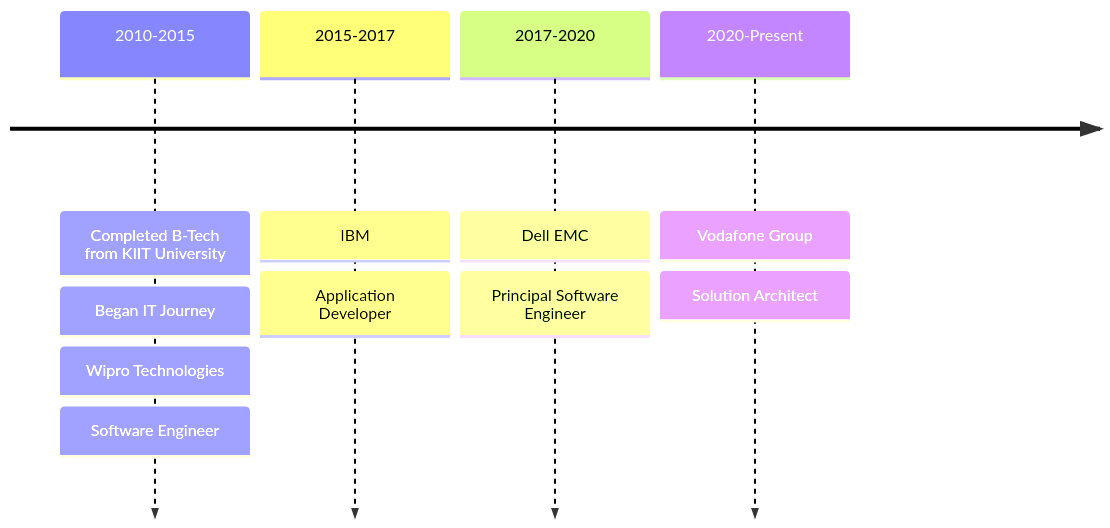
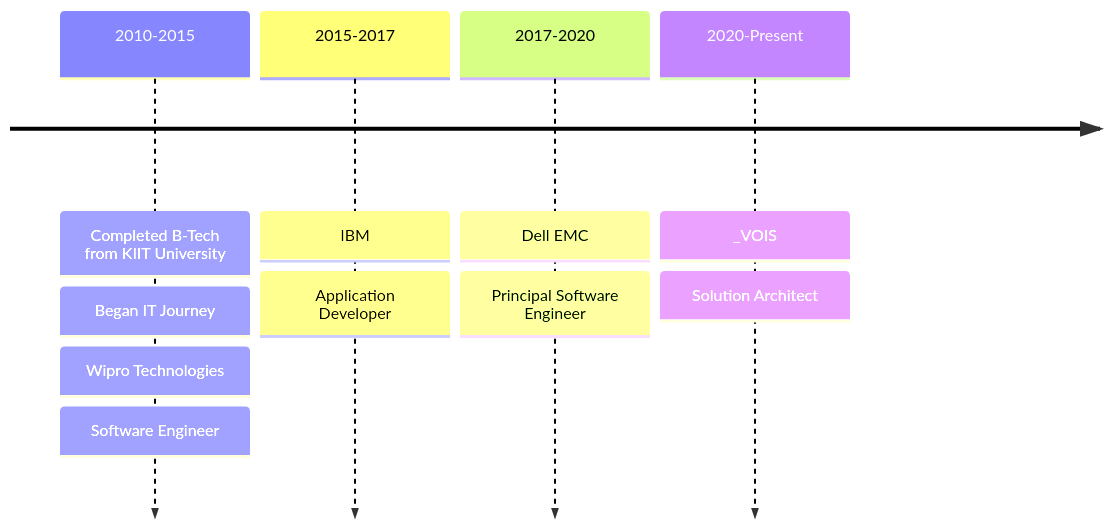
One commit to sumitsahoo/sumitsahoo changed the diagram in README.md. Above: the diagram before and after it, drawn with Mermaid. The commit also changed other lines of this file, not shown here.

````diff
--- a/README.md
+++ b/README.md
@@ -36,7 +36,7 @@
 ```mermaid
 timeline
     2010-2015 : Completed B-Tech from KIIT University : Began IT Journey : Wipro Technologies : Software Engineer
     2015-2017 : IBM : Application Developer
     2017-2020 : Dell EMC : Principal Software Engineer
-    2020-Present : Vodafone Group : Solution Architect
+    2020-Present : _VOIS : Solution Architect
 ```
````
